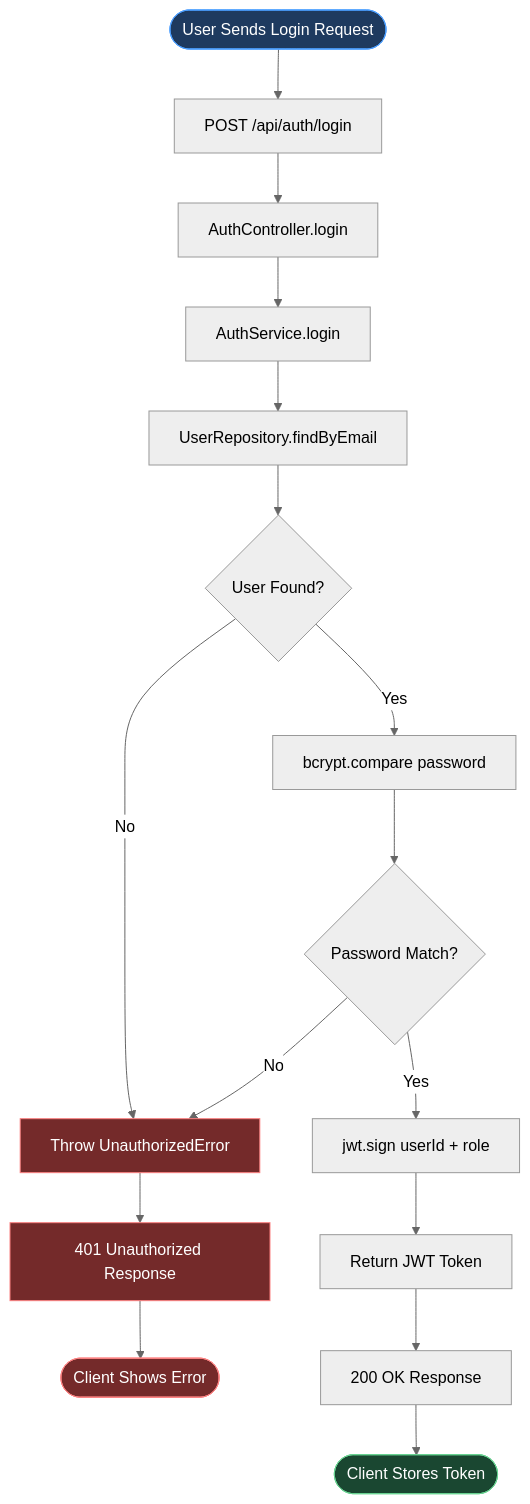
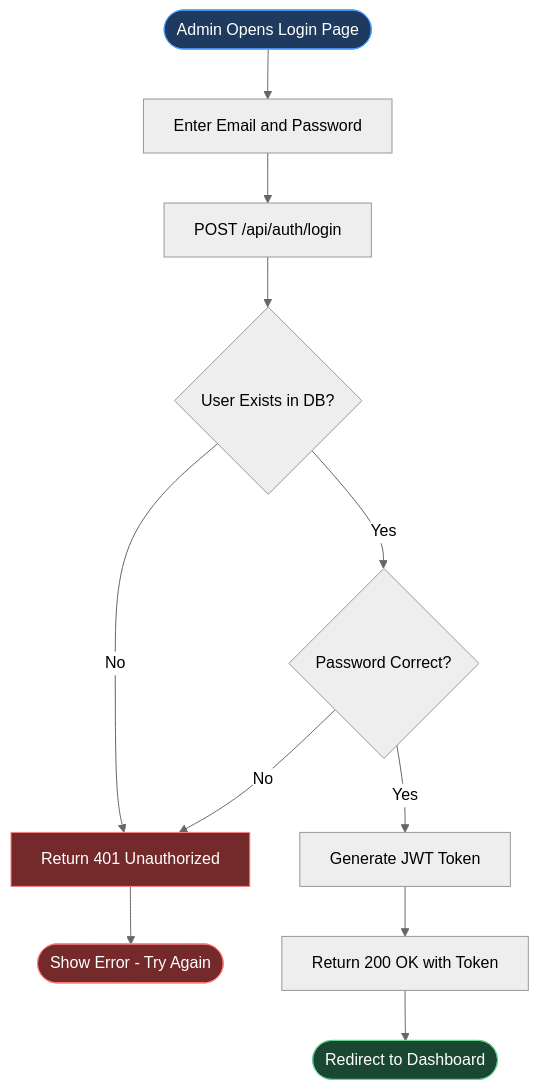
Before and after one commit to VIPAX-JIT/TaskFlow: the second of 4 diagrams in sequenceDiagram.md, drawn with Mermaid (neutral theme). The commit also changed other lines of this file, not shown here.

Commit message:
making some simplier flowchart of complex diagram

````diff
--- a/sequenceDiagram.md
+++ b/sequenceDiagram.md
@@ -129,24 +91,18 @@
 ```mermaid
 flowchart TD
-    A([User Sends Login Request]) --> B[POST /api/auth/login]
-    B --> C[AuthController.login]
-    C --> D[AuthService.login]
-    D --> E[UserRepository.findByEmail]
-    E --> F{User Found?}
-    F -->|No| G[Throw UnauthorizedError]
-    G --> H[401 Unauthorized Response]
-    H --> I([Client Shows Error])
-    F -->|Yes| J[bcrypt.compare password]
-    J --> K{Password Match?}
-    K -->|No| G
-    K -->|Yes| L[jwt.sign userId + role]
-    L --> M[Return JWT Token]
-    M --> N[200 OK Response]
-    N --> O([Client Stores Token])
+    A([Admin Opens Login Page]) --> B[Enter Email and Password]
+    B --> C[POST /api/auth/login]
+    C --> D{User Exists in DB?}
+    D -->|No| E[Return 401 Unauthorized]
+    E --> F([Show Error - Try Again])
+    D -->|Yes| G{Password Correct?}
+    G -->|No| E
+    G -->|Yes| H[Generate JWT Token]
+    H --> I[Return 200 OK with Token]
+    I --> J([Redirect to Dashboard])
 
     style A fill:#1e3a5f,stroke:#4a9eff,color:#fff
-    style G fill:#742a2a,stroke:#fc8181,color:#fff
-    style H fill:#742a2a,stroke:#fc8181,color:#fff
-    style I fill:#742a2a,stroke:#fc8181,color:#fff
-    style O fill:#1a4731,stroke:#68d391,color:#fff
+    style E fill:#742a2a,stroke:#fc8181,color:#fff
+    style F fill:#742a2a,stroke:#fc8181,color:#fff
+    style J fill:#1a4731,stroke:#68d391,color:#fff
 ```
````
